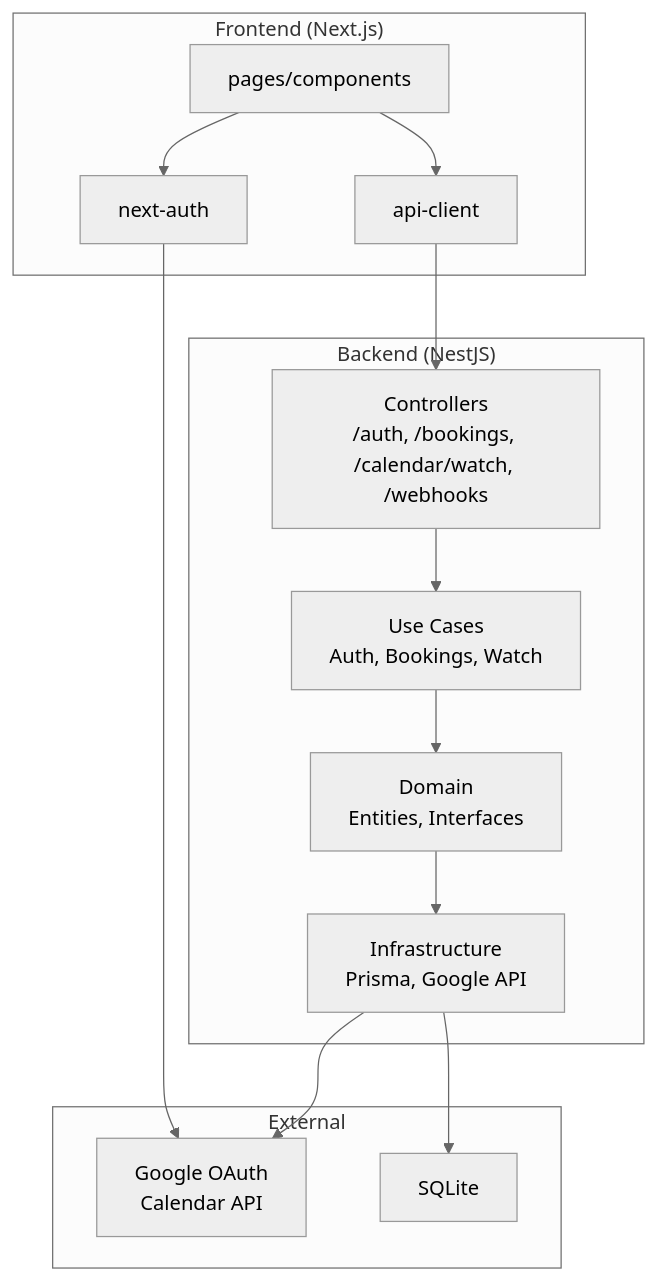
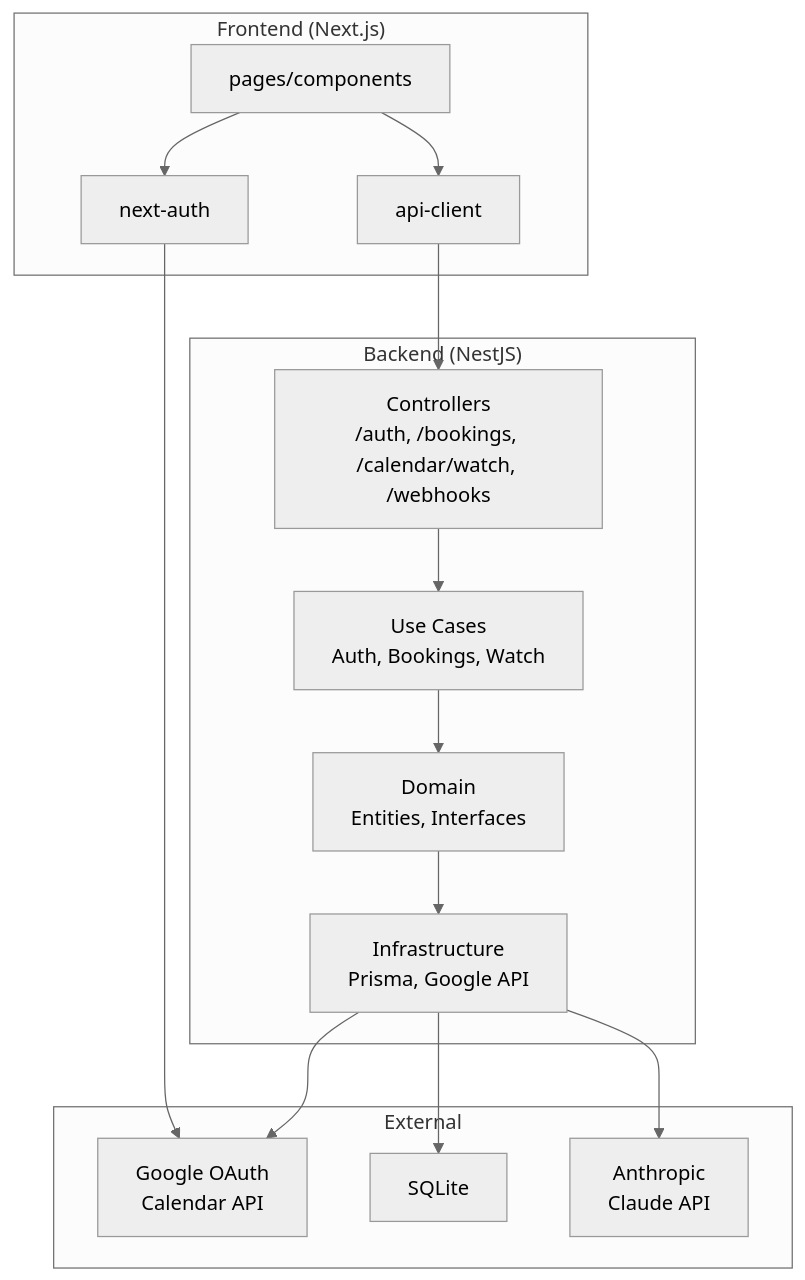
One commit to AlphoonseElric/booking-system changed the first of 3 diagrams in docs/architecture.md. Above: the diagram before and after it, drawn with Mermaid (neutral theme). The commit also changed other lines of this file and 3 other files, not shown here.

````diff
--- a/docs/architecture.md
+++ b/docs/architecture.md
@@ -492,30 +503,32 @@
 ```mermaid
 graph TB
     subgraph "Frontend (Next.js)"
         UI["pages/components"]
         Auth["next-auth"]
         Client["api-client"]
     end
 
     subgraph "Backend (NestJS)"
         Controllers["Controllers<br/>/auth, /bookings, /calendar/watch, /webhooks"]
         UseCases["Use Cases<br/>Auth, Bookings, Watch"]
         Domain["Domain<br/>Entities, Interfaces"]
         Infra["Infrastructure<br/>Prisma, Google API"]
     end
 
     subgraph "External"
         Google["Google OAuth<br/>Calendar API"]
         DB["SQLite"]
+        Claude["Anthropic<br/>Claude API"]
     end
 
     UI --> Auth
     UI --> Client
     Client --> Controllers
     Controllers --> UseCases
     UseCases --> Domain
     Domain --> Infra
     Infra --> DB
     Infra --> Google
+    Infra --> Claude
     Auth --> Google
 ```
````
